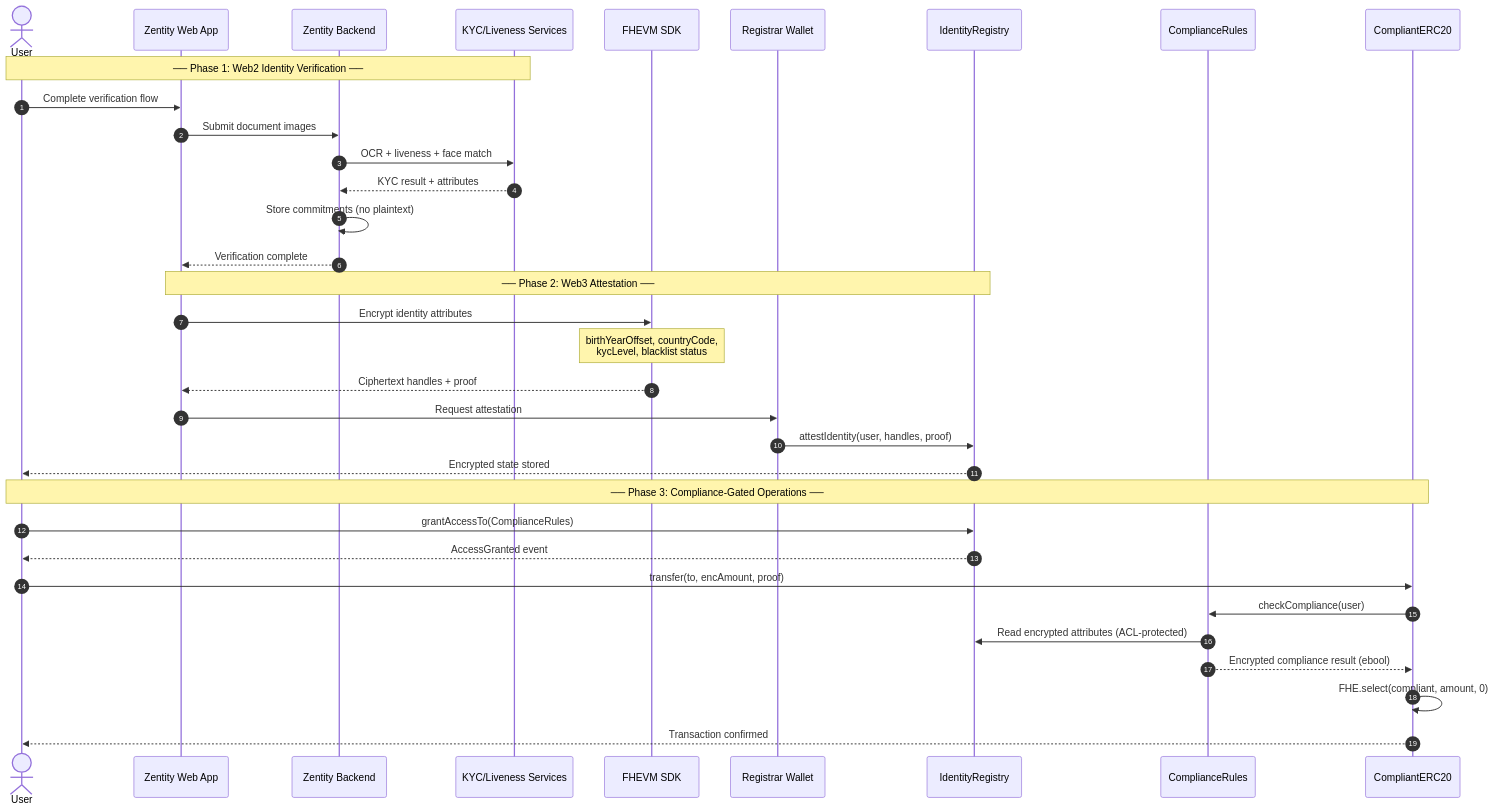
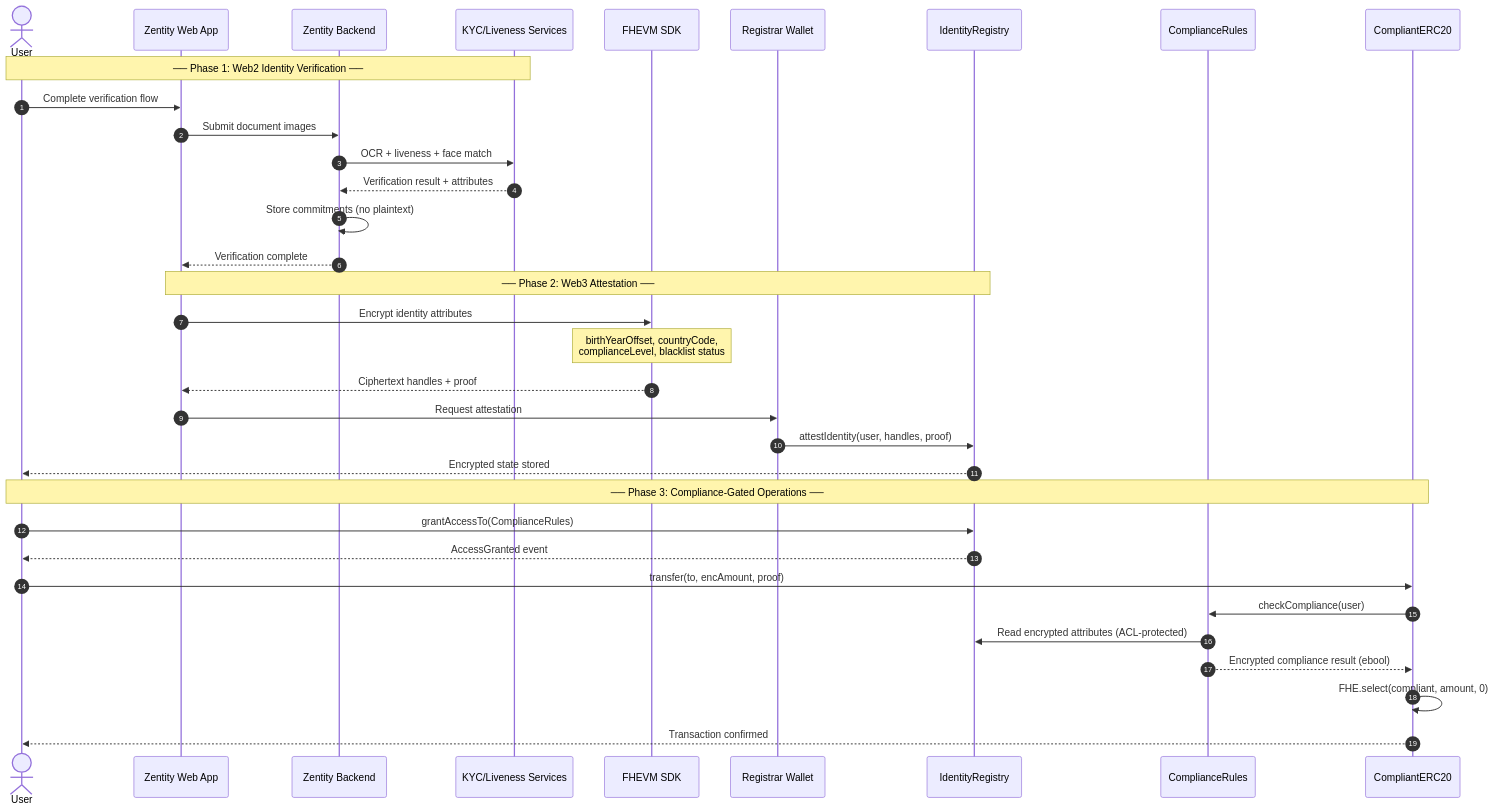
Before and after one commit to gustavovalverde/zentity: the first of 5 diagrams in docs/web2-to-web3-transition.md, drawn with Mermaid. The commit also changed other lines of this file and 63 other files, not shown here.

First line of the commit message:
feat(web): migrate identity/compliance flow; remove KYC routes

````diff
--- a/docs/web2-to-web3-transition.md
+++ b/docs/web2-to-web3-transition.md
@@ -40,40 +40,40 @@
 ```mermaid
 sequenceDiagram
     autonumber
     actor User
     participant UI as Zentity Web App
     participant BE as Zentity Backend
-    participant KYC as KYC/Liveness Services
+    participant Verifier as KYC/Liveness Services
     participant SDK as FHEVM SDK
     participant Registrar as Registrar Wallet
     participant IR as IdentityRegistry
     participant CR as ComplianceRules
     participant ERC as CompliantERC20
 
-    Note over User,KYC: ── Phase 1: Web2 Identity Verification ──
+    Note over User,Verifier: ── Phase 1: Web2 Identity Verification ──
     User->>UI: Complete verification flow
     UI->>BE: Submit document images
-    BE->>KYC: OCR + liveness + face match
-    KYC-->>BE: KYC result + attributes
+    BE->>Verifier: OCR + liveness + face match
+    Verifier-->>BE: Verification result + attributes
     BE->>BE: Store commitments (no plaintext)
     BE-->>UI: Verification complete
 
     Note over UI,IR: ── Phase 2: Web3 Attestation ──
     UI->>SDK: Encrypt identity attributes
-    Note over SDK: birthYearOffset, countryCode,<br/>kycLevel, blacklist status
+    Note over SDK: birthYearOffset, countryCode,<br/>complianceLevel, blacklist status
     SDK-->>UI: Ciphertext handles + proof
     UI->>Registrar: Request attestation
     Registrar->>IR: attestIdentity(user, handles, proof)
     IR-->>User: Encrypted state stored
 
     Note over User,ERC: ── Phase 3: Compliance-Gated Operations ──
     User->>IR: grantAccessTo(ComplianceRules)
     IR-->>User: AccessGranted event
 
     User->>ERC: transfer(to, encAmount, proof)
     ERC->>CR: checkCompliance(user)
     CR->>IR: Read encrypted attributes (ACL-protected)
     CR-->>ERC: Encrypted compliance result (ebool)
     ERC->>ERC: FHE.select(compliant, amount, 0)
     ERC-->>User: Transaction confirmed
 ```
````
